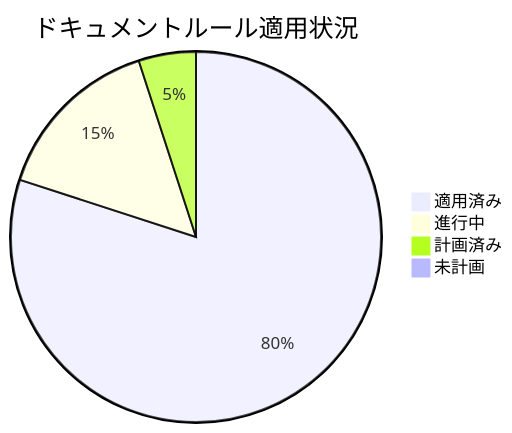
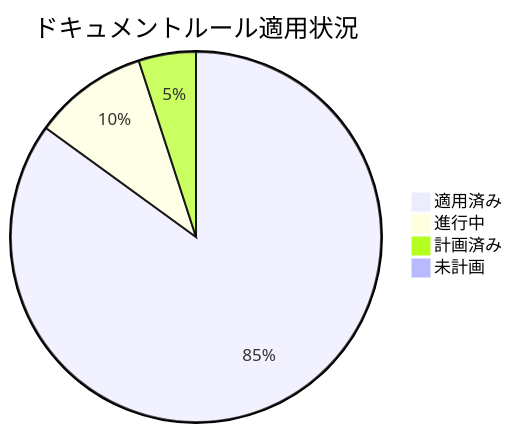
One commit to ToyB0x/git-resume changed the diagram in docs/PROGRESS.md. Above: the diagram before and after it, drawn with Mermaid. The commit also changed other lines of this file and 9 other files, not shown here.

````diff
--- a/docs/PROGRESS.md
+++ b/docs/PROGRESS.md
@@ -19,7 +17,7 @@
 ```mermaid
 pie title ドキュメントルール適用状況
-    "適用済み" : 80
-    "進行中" : 15
+    "適用済み" : 85
+    "進行中" : 10
     "計画済み" : 5
     "未計画" : 0
 ```
````
